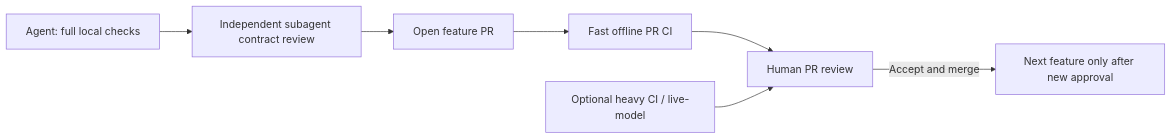
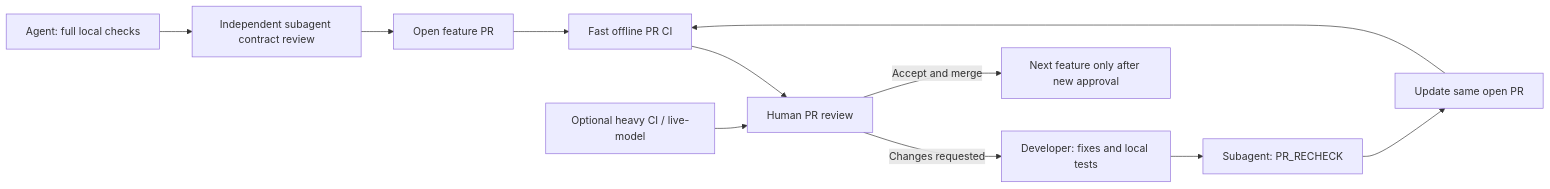
The diagram in docs/qualification/ci-and-manual-tests.md (aradenac/utest-machinery), drawn with Mermaid before and after one commit. The commit also changed other lines of this file, not shown here.

Commit message:
docs(verification): show PR review feedback and corrective recheck loop

````diff
--- a/docs/qualification/ci-and-manual-tests.md
+++ b/docs/qualification/ci-and-manual-tests.md
@@ -5,9 +5,13 @@
 ```mermaid
 flowchart LR
   L["Agent: full local checks"] --> V["Independent subagent contract review"]
   V --> P["Open feature PR"]
   P --> C["Fast offline PR CI"]
   C --> R["Human PR review"]
   H["Optional heavy CI / live-model"] --> R
+  R -->|Changes requested| F["Developer: fixes and local tests"]
+  F --> VR["Subagent: PR_RECHECK"]
+  VR --> U["Update same open PR"]
+  U --> C
   R -->|Accept and merge| N["Next feature only after new approval"]
 ```
````
